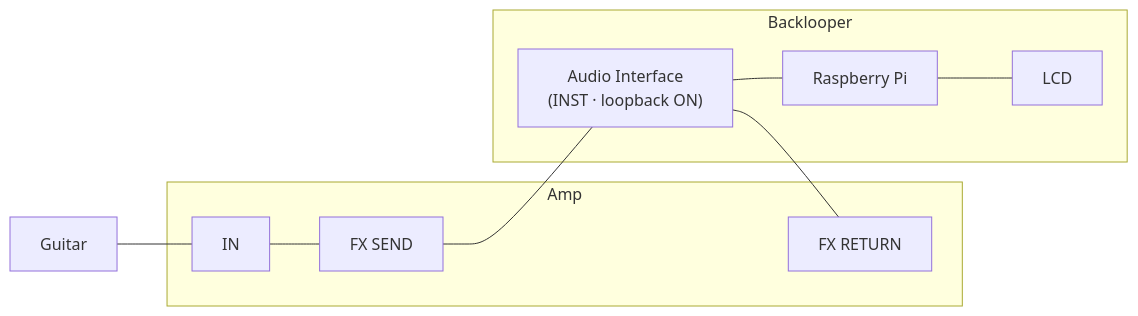
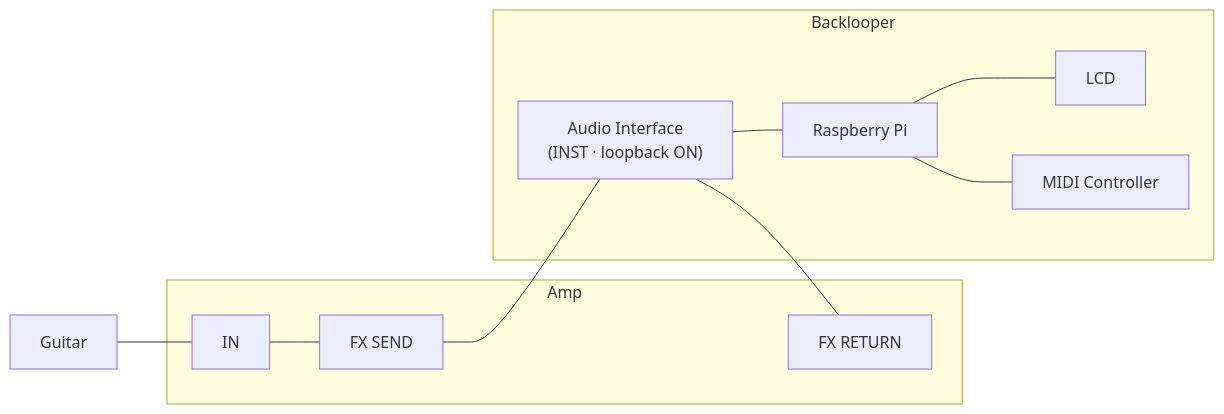
Before and after one commit to spmvg/backlooper_backend: the diagram in README.md, drawn with Mermaid.

Commit message:
midi [feature/run-on-rpi5]

````diff
--- a/README.md
+++ b/README.md
@@ -3,20 +3,22 @@
 ```mermaid
 flowchart LR
     Guitar --- AmpIN
 
     subgraph Amp["Amp"]
         AmpIN["IN"] --- FX_SEND["FX SEND"]
         FX_RETURN["FX RETURN"]
     end
 
     subgraph Backlooper["Backlooper"]
         AI["Audio Interface\n(INST · loopback ON)"]
         Pi["Raspberry Pi"]
         LCD["LCD"]
+        MIDI["MIDI Controller"]
         Pi --- LCD
+        Pi --- MIDI
     end
 
     FX_SEND --- AI
     AI --- Pi
     AI --- FX_RETURN
 ```
````
